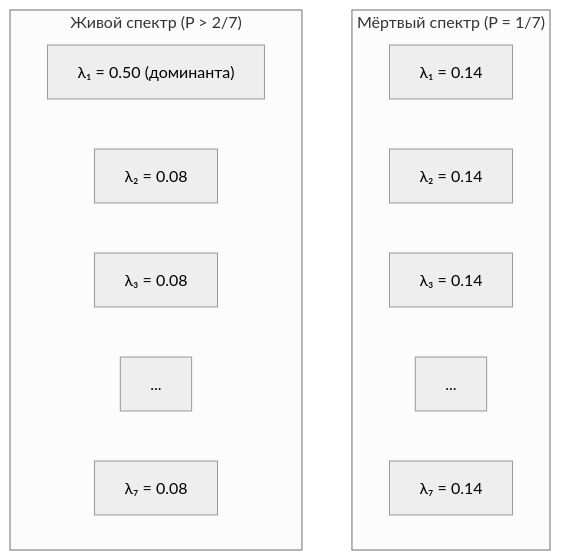
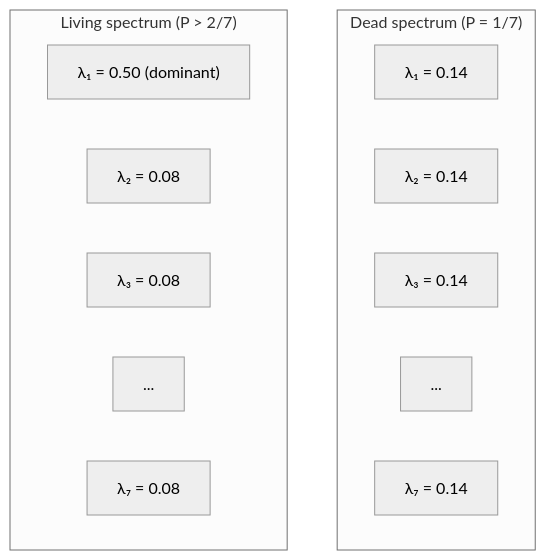
The second of 3 diagrams in website/docs/applied/research/engineering-insights.md (gst-st/uhm), drawn with Mermaid (neutral theme) before and after one commit. The commit also changed other lines of this file and 79 other files, not shown here.

````diff
--- a/website/docs/applied/research/engineering-insights.md
+++ b/website/docs/applied/research/engineering-insights.md
@@ -174,17 +174,17 @@
 ```mermaid
 graph TD
-    subgraph A["Мёртвый спектр (P = 1/7)"]
+    subgraph A["Dead spectrum (P = 1/7)"]
         A1["λ₁ = 0.14"]
         A2["λ₂ = 0.14"]
         A3["λ₃ = 0.14"]
         A4["..."]
         A5["λ₇ = 0.14"]
     end
-    subgraph B["Живой спектр (P > 2/7)"]
-        B1["λ₁ = 0.50 (доминанта)"]
+    subgraph B["Living spectrum (P > 2/7)"]
+        B1["λ₁ = 0.50 (dominant)"]
         B2["λ₂ = 0.08"]
         B3["λ₃ = 0.08"]
         B4["..."]
         B5["λ₇ = 0.08"]
     end
 ```
````
